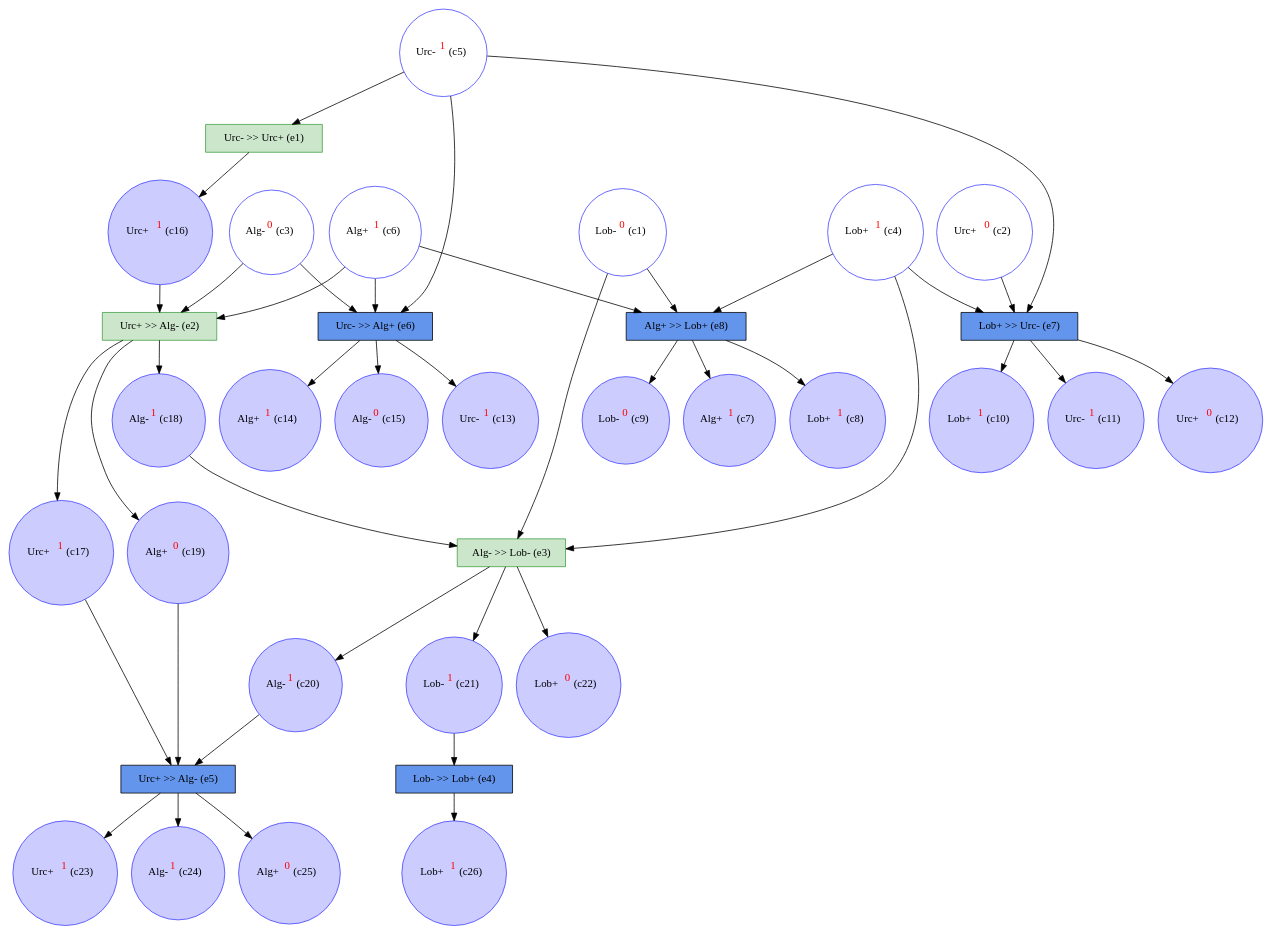
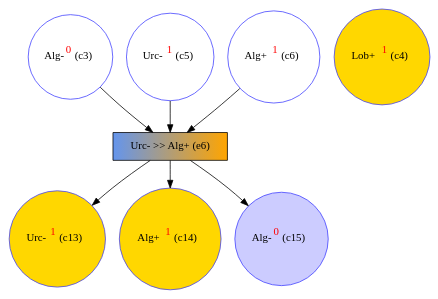
The diagram in examples/oursin_tasmanie/tasmanian_rockyreef_minimal_pr_unf.dot (giannkas/ecofolder), drawn with Graphviz before and after one commit. The commit also changed 77 other files, not shown here.

```diff
--- a/examples/oursin_tasmanie/tasmanian_rockyreef_minimal_pr_unf.dot
+++ b/examples/oursin_tasmanie/tasmanian_rockyreef_minimal_pr_unf.dot
@@ -1,76 +1,16 @@
 digraph test {
-  c1 -> e3;
-  c1 -> e8;
-  c2 -> e7;
-  c3 -> e2;
   c3 -> e6;
-  c4 -> e3;
-  c4 -> e7;
-  c4 -> e8;
-  c5 -> e1;
   c5 -> e6;
-  c5 -> e7;
-  c6 -> e2;
   c6 -> e6;
-  c6 -> e8;
-  e8 -> c7;
-  e8 -> c8;
-  e8 -> c9;
-  e7 -> c10;
-  e7 -> c11;
-  e7 -> c12;
   e6 -> c13;
   e6 -> c14;
   e6 -> c15;
-  e1 -> c16;
-  c16 -> e2;
-  e2 -> c17;
-  c17 -> e5;
-  e2 -> c18;
-  c18 -> e3;
-  e2 -> c19;
-  c19 -> e5;
-  e3 -> c20;
-  c20 -> e5;
-  e3 -> c21;
-  c21 -> e4;
-  e3 -> c22;
-  e5 -> c23;
-  e5 -> c24;
-  e5 -> c25;
-  e4 -> c26;
-  c1 [color="#4040ff" fillcolor="transparent" label= <Lob-<FONT COLOR="red"><SUP>0</SUP></FONT>&nbsp;(c1)> shape=circle style=filled];
-  c2 [color="#4040ff" fillcolor="transparent" label= <Urc+<FONT COLOR="red"><SUP>0</SUP></FONT>&nbsp;(c2)> shape=circle style=filled];
   c3 [color="#4040ff" fillcolor="transparent" label= <Alg-<FONT COLOR="red"><SUP>0</SUP></FONT>&nbsp;(c3)> shape=circle style=filled];
-  c4 [color="#4040ff" fillcolor="transparent" label= <Lob+<FONT COLOR="red"><SUP>1</SUP></FONT>&nbsp;(c4)> shape=circle style=filled];
+  c4 [color="#4040ff" fillcolor="gold" label= <Lob+<FONT COLOR="red"><SUP>1</SUP></FONT>&nbsp;(c4)> shape=circle style=filled];
   c5 [color="#4040ff" fillcolor="transparent" label= <Urc-<FONT COLOR="red"><SUP>1</SUP></FONT>&nbsp;(c5)> shape=circle style=filled];
   c6 [color="#4040ff" fillcolor="transparent" label= <Alg+<FONT COLOR="red"><SUP>1</SUP></FONT>&nbsp;(c6)> shape=circle style=filled];
-  c7 [color="#4040ff" fillcolor="#ccccff" label= <Alg+<FONT COLOR="red"><SUP>1</SUP></FONT>&nbsp;(c7)> shape=circle style=filled];
-  c8 [color="#4040ff" fillcolor="#ccccff" label= <Lob+<FONT COLOR="red"><SUP>1</SUP></FONT>&nbsp;(c8)> shape=circle style=filled];
-  c9 [color="#4040ff" fillcolor="#ccccff" label= <Lob-<FONT COLOR="red"><SUP>0</SUP></FONT>&nbsp;(c9)> shape=circle style=filled];
-  c10 [color="#4040ff" fillcolor="#ccccff" label= <Lob+<FONT COLOR="red"><SUP>1</SUP></FONT>&nbsp;(c10)> shape=circle style=filled];
-  c11 [color="#4040ff" fillcolor="#ccccff" label= <Urc-<FONT COLOR="red"><SUP>1</SUP></FONT>&nbsp;(c11)> shape=circle style=filled];
-  c12 [color="#4040ff" fillcolor="#ccccff" label= <Urc+<FONT COLOR="red"><SUP>0</SUP></FONT>&nbsp;(c12)> shape=circle style=filled];
-  c13 [color="#4040ff" fillcolor="#ccccff" label= <Urc-<FONT COLOR="red"><SUP>1</SUP></FONT>&nbsp;(c13)> shape=circle style=filled];
-  c14 [color="#4040ff" fillcolor="#ccccff" label= <Alg+<FONT COLOR="red"><SUP>1</SUP></FONT>&nbsp;(c14)> shape=circle style=filled];
+  c13 [color="#4040ff" fillcolor="gold" label= <Urc-<FONT COLOR="red"><SUP>1</SUP></FONT>&nbsp;(c13)> shape=circle style=filled];
+  c14 [color="#4040ff" fillcolor="gold" label= <Alg+<FONT COLOR="red"><SUP>1</SUP></FONT>&nbsp;(c14)> shape=circle style=filled];
   c15 [color="#4040ff" fillcolor="#ccccff" label= <Alg-<FONT COLOR="red"><SUP>0</SUP></FONT>&nbsp;(c15)> shape=circle style=filled];
-  c16 [color="#4040ff" fillcolor="#ccccff" label= <Urc+<FONT COLOR="red"><SUP>1</SUP></FONT>&nbsp;(c16)> shape=circle style=filled];
-  c17 [color="#4040ff" fillcolor="#ccccff" label= <Urc+<FONT COLOR="red"><SUP>1</SUP></FONT>&nbsp;(c17)> shape=circle style=filled];
-  c18 [color="#4040ff" fillcolor="#ccccff" label= <Alg-<FONT COLOR="red"><SUP>1</SUP></FONT>&nbsp;(c18)> shape=circle style=filled];
-  c19 [color="#4040ff" fillcolor="#ccccff" label= <Alg+<FONT COLOR="red"><SUP>0</SUP></FONT>&nbsp;(c19)> shape=circle style=filled];
-  c20 [color="#4040ff" fillcolor="#ccccff" label= <Alg-<FONT COLOR="red"><SUP>1</SUP></FONT>&nbsp;(c20)> shape=circle style=filled];
-  c21 [color="#4040ff" fillcolor="#ccccff" label= <Lob-<FONT COLOR="red"><SUP>1</SUP></FONT>&nbsp;(c21)> shape=circle style=filled];
-  c22 [color="#4040ff" fillcolor="#ccccff" label= <Lob+<FONT COLOR="red"><SUP>0</SUP></FONT>&nbsp;(c22)> shape=circle style=filled];
-  c23 [color="#4040ff" fillcolor="#ccccff" label= <Urc+<FONT COLOR="red"><SUP>1</SUP></FONT>&nbsp;(c23)> shape=circle style=filled];
-  c24 [color="#4040ff" fillcolor="#ccccff" label= <Alg-<FONT COLOR="red"><SUP>1</SUP></FONT>&nbsp;(c24)> shape=circle style=filled];
-  c25 [color="#4040ff" fillcolor="#ccccff" label= <Alg+<FONT COLOR="red"><SUP>0</SUP></FONT>&nbsp;(c25)> shape=circle style=filled];
-  c26 [color="#4040ff" fillcolor="#ccccff" label= <Lob+<FONT COLOR="red"><SUP>1</SUP></FONT>&nbsp;(c26)> shape=circle style=filled];
-  e1 [color="#409f40" fillcolor="#cce6cc" label="Urc- >> Urc+ (e1)" shape=box style=filled];
-  e2 [color="#409f40" fillcolor="#cce6cc" label="Urc+ >> Alg- (e2)" shape=box style=filled];
-  e3 [color="#409f40" fillcolor="#cce6cc" label="Alg- >> Lob- (e3)" shape=box style=filled];
-  e4 [color=black fillcolor="cornflowerblue:cornflowerblue" label="Lob- >> Lob+ (e4)" shape=box style=filled];
-  e5 [color=black fillcolor="cornflowerblue:cornflowerblue" label="Urc+ >> Alg- (e5)" shape=box style=filled];
-  e6 [color=black fillcolor="cornflowerblue:cornflowerblue" label="Urc- >> Alg+ (e6)" shape=box style=filled];
-  e7 [color=black fillcolor="cornflowerblue:cornflowerblue" label="Lob+ >> Urc- (e7)" shape=box style=filled];
-  e8 [color=black fillcolor="cornflowerblue:cornflowerblue" label="Alg+ >> Lob+ (e8)" shape=box style=filled];
+  e6 [color=black fillcolor="cornflowerblue:orange" label="Urc- >> Alg+ (e6)" shape=box style=filled];
 }
```
